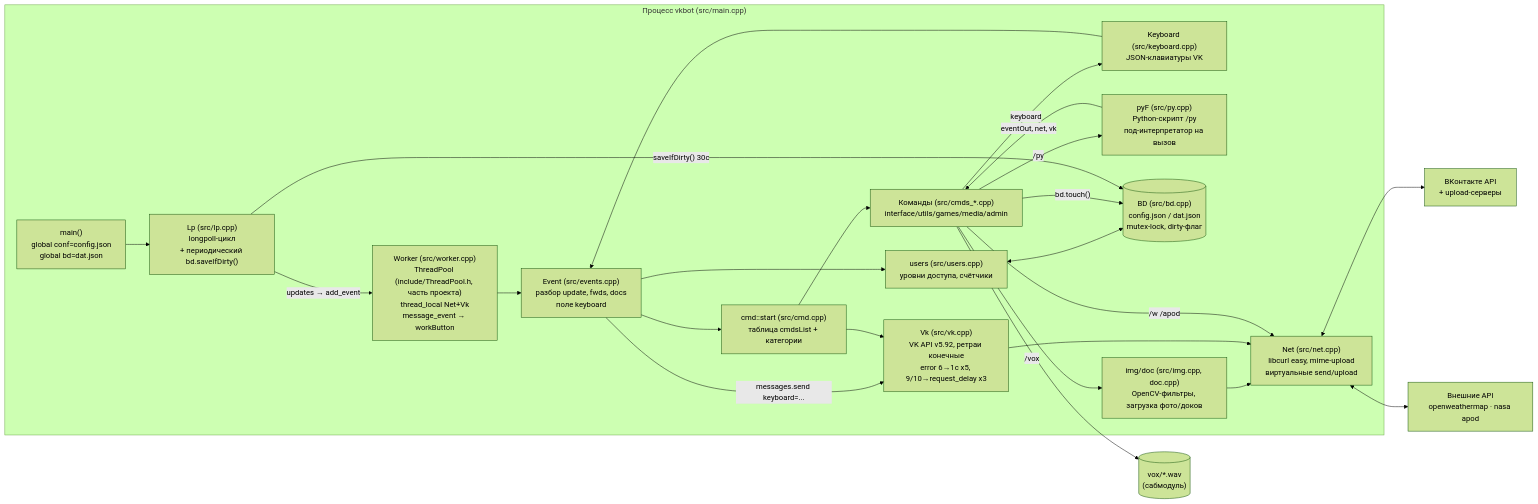
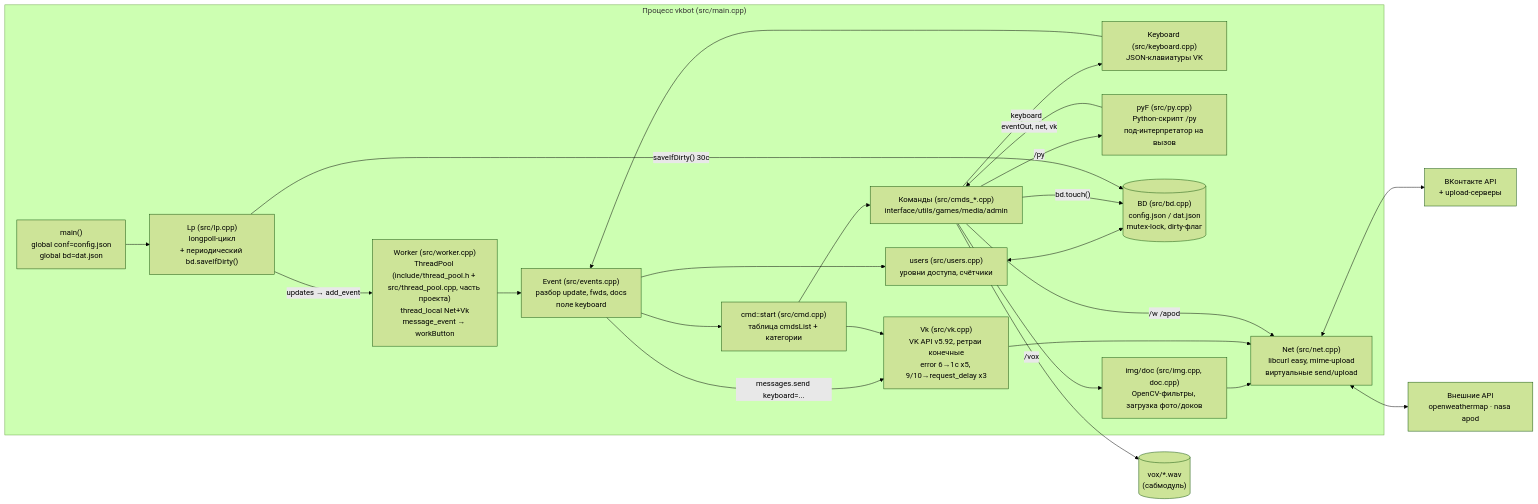
One commit to edombek/vk-cpp-bot changed the diagram in docs/ARCHITECTURE.md. Above: the diagram before and after it, drawn with Mermaid (forest theme). The commit also changed other lines of this file and 7 other files, not shown here.

First line of the commit message:
ThreadPool: реализация в src/thread_pool.cpp, заголовок thread_pool.h

````diff
--- a/docs/ARCHITECTURE.md
+++ b/docs/ARCHITECTURE.md
@@ -7,39 +7,39 @@
 ```mermaid
 flowchart LR
     subgraph bot ["Процесс vkbot (src/main.cpp)"]
         MAIN["main()<br/>global conf=config.json<br/>global bd=dat.json"]
         LP["Lp (src/lp.cpp)<br/>longpoll-цикл<br/>+ периодический bd.saveIfDirty()"]
-        W["Worker (src/worker.cpp)<br/>ThreadPool (include/ThreadPool.h, часть проекта)<br/>thread_local Net+Vk<br/>message_event → workButton"]
+        W["Worker (src/worker.cpp)<br/>ThreadPool (include/thread_pool.h + src/thread_pool.cpp, часть проекта)<br/>thread_local Net+Vk<br/>message_event → workButton"]
         EV["Event (src/events.cpp)<br/>разбор update, fwds, docs<br/>поле keyboard"]
         KBD["Keyboard (src/keyboard.cpp)<br/>JSON-клавиатуры VK"]
         CMD["cmd::start (src/cmd.cpp)<br/>таблица cmdsList + категории"]
         CMDS["Команды (src/cmds_*.cpp)<br/>interface/utils/games/media/admin"]
         PY["pyF (src/py.cpp)<br/>Python-скрипт /py<br/>под-интерпретатор на вызов"]
         USERS["users (src/users.cpp)<br/>уровни доступа, счётчики"]
         BD[("BD (src/bd.cpp)<br/>config.json / dat.json<br/>mutex-lock, dirty-флаг")]
         VK["Vk (src/vk.cpp)<br/>VK API v5.92, ретраи конечные<br/>error 6→1с x5, 9/10→request_delay x3"]
         NET["Net (src/net.cpp)<br/>libcurl easy, mime-upload<br/>виртуальные send/upload"]
         IMG["img/doc (src/img.cpp, doc.cpp)<br/>OpenCV-фильтры, загрузка фото/доков"]
     end
 
     VKS["ВКонтакте API<br/>+ upload-серверы"]
     EXT["Внешние API<br/>openweathermap · nasa apod"]
     VOX[("vox/*.wav<br/>(сабмодуль)")]
 
     MAIN --> LP
     LP -- "updates → add_event" --> W --> EV --> CMD --> CMDS
     CMDS -- "/py" --> PY
     CMDS -- "keyboard" --> KBD --> EV
     EV -- "messages.send keyboard=..." --> VK
     EV --> USERS
     USERS <--> BD
     CMDS -- "bd.touch()" --> BD
     LP -- "saveIfDirty() 30с" --> BD
     PY -- "eventOut, net, vk" --> CMDS
     CMDS --> IMG --> NET
     CMD --> VK --> NET
     CMDS -- "/w /apod" --> NET
     NET <--> VKS
     NET <--> EXT
     CMDS -- "/vox" --> VOX
 ```
````
